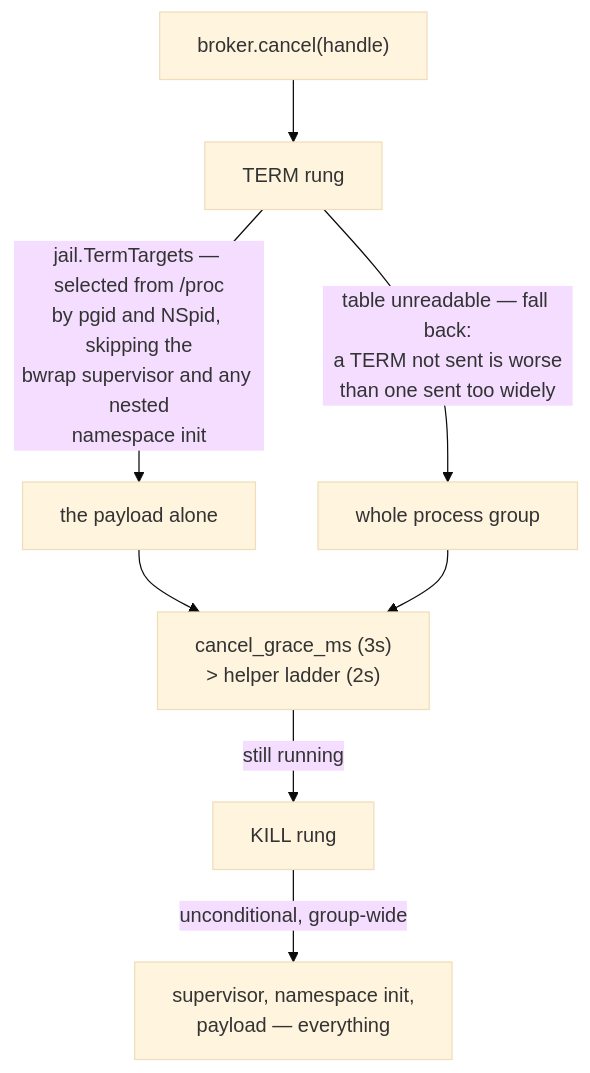
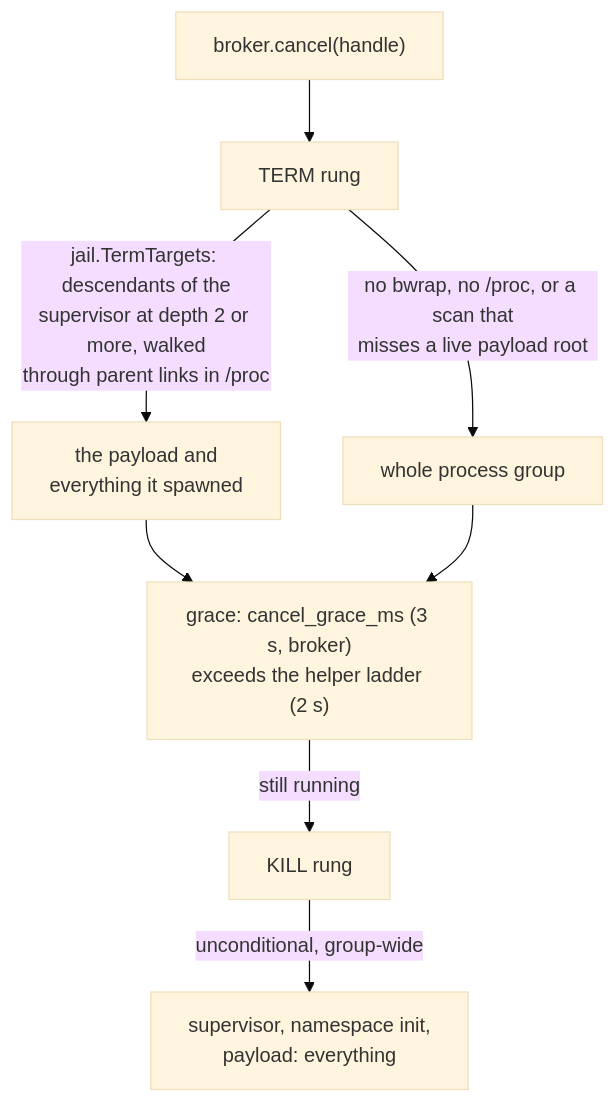
Before and after one commit to Roasbeef/loom: the third of 3 diagrams in packages/broker/README.md, drawn with Mermaid (base theme). The commit also changed other lines of this file, not shown here.

First line of the commit message:
broker: correct the token and cancel-ladder claims

````diff
--- a/packages/broker/README.md
+++ b/packages/broker/README.md
@@ -96,15 +138,15 @@
 ```mermaid
 flowchart TD
     Cancel["broker.cancel(handle)"]
     Term["TERM rung"]
-    Grace["cancel_grace_ms (3s)<br/>&gt; helper ladder (2s)"]
+    Grace["grace: cancel_grace_ms (3 s, broker)<br/>exceeds the helper ladder (2 s)"]
     Kill["KILL rung"]
 
     Cancel --> Term
-    Term -->|"jail.TermTargets — selected from /proc<br/>by pgid and NSpid, skipping the<br/>bwrap supervisor and any nested<br/>namespace init"| Payload["the payload alone"]
-    Term -->|"table unreadable — fall back:<br/>a TERM not sent is worse<br/>than one sent too widely"| Group1["whole process group"]
+    Term -->|"jail.TermTargets: descendants of the<br/>supervisor at depth 2 or more, walked<br/>through parent links in /proc"| Payload["the payload and<br/>everything it spawned"]
+    Term -->|"no bwrap, no /proc, or a scan that<br/>misses a live payload root"| Group1["whole process group"]
     Payload --> Grace
     Group1 --> Grace
     Grace -->|still running| Kill
-    Kill -->|"unconditional, group-wide"| Group2["supervisor, namespace init,<br/>payload — everything"]
+    Kill -->|"unconditional, group-wide"| Group2["supervisor, namespace init,<br/>payload: everything"]
 ```
````
